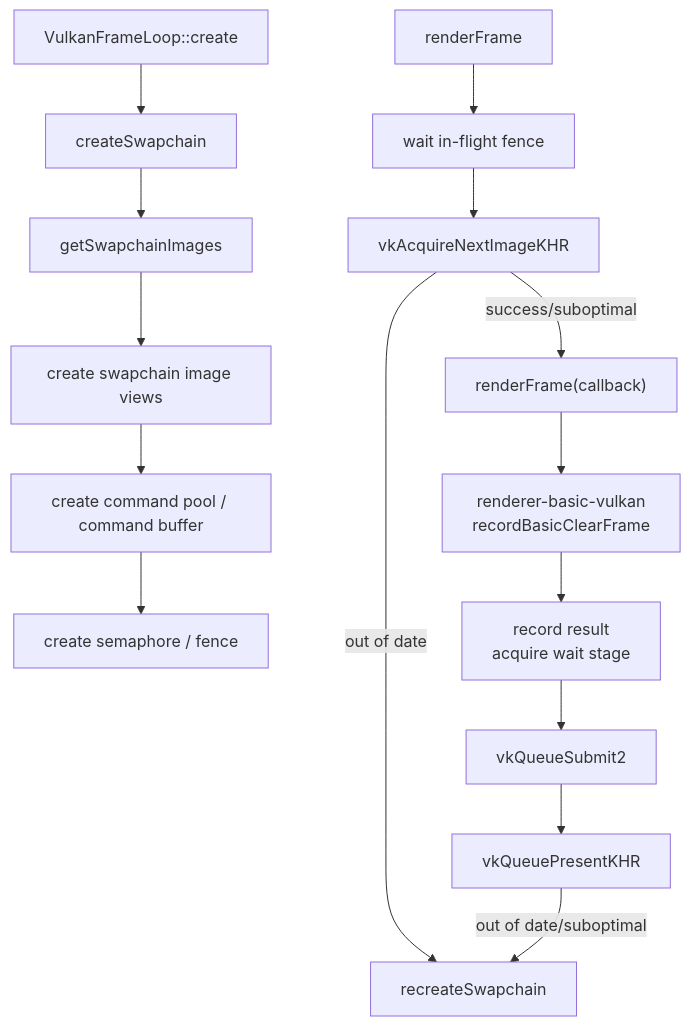
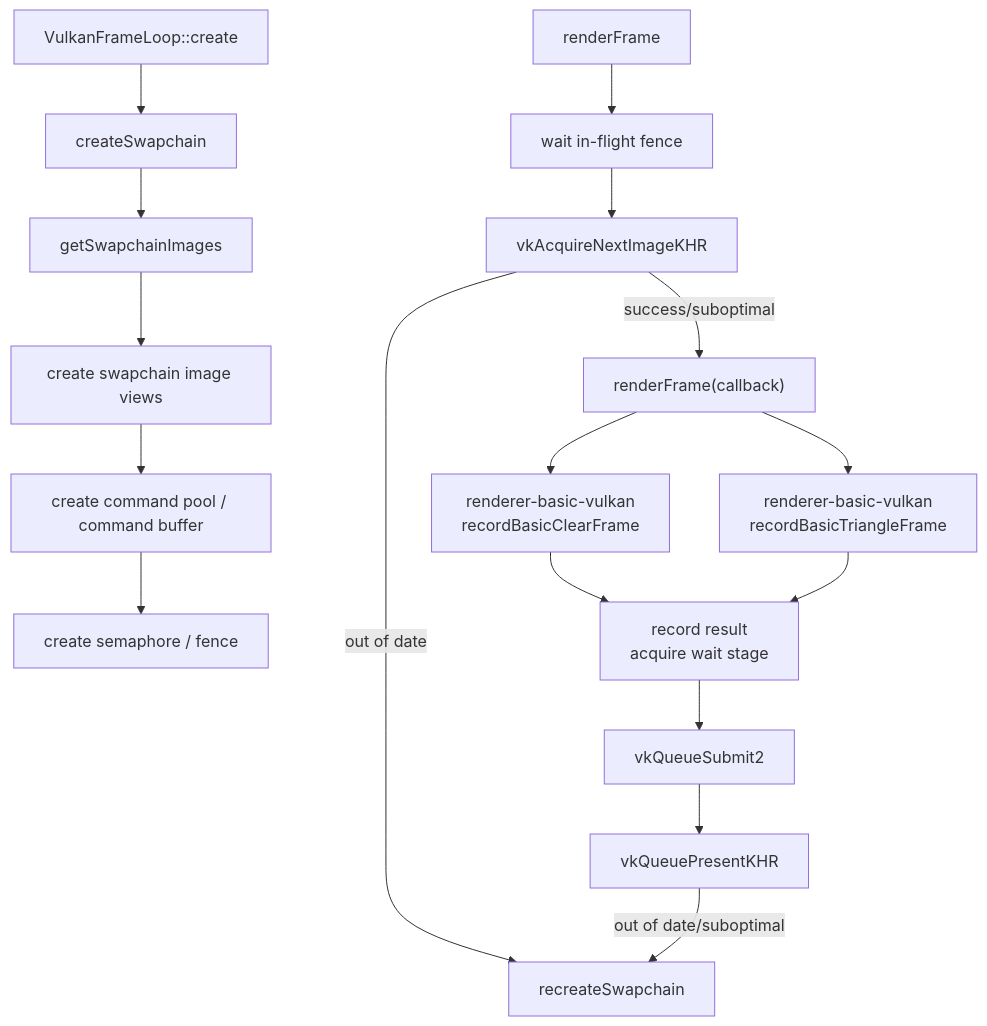
One commit to 66six11/Engine changed the third of 9 diagrams in docs/flow-architecture.md. Above: the diagram before and after it, drawn with Mermaid. The commit also changed other lines of this file and 11 other files, not shown here.

````diff
--- a/docs/flow-architecture.md
+++ b/docs/flow-architecture.md
@@ -101,24 +111,26 @@
 ```mermaid
 flowchart TD
     Create["VulkanFrameLoop::create"]
     Swapchain["createSwapchain"]
     Images["getSwapchainImages"]
     Views["create swapchain image views"]
     Cmd["create command pool / command buffer"]
     Sync["create semaphore / fence"]
     Render["renderFrame"]
     Wait["wait in-flight fence"]
     Acquire["vkAcquireNextImageKHR"]
     Record["renderFrame(callback)"]
     GraphClear["renderer-basic-vulkan<br/>recordBasicClearFrame"]
+    Triangle["renderer-basic-vulkan<br/>recordBasicTriangleFrame"]
     WaitStage["record result<br/>acquire wait stage"]
     Submit["vkQueueSubmit2"]
     Present["vkQueuePresentKHR"]
     Recreate["recreateSwapchain"]
 
     Create --> Swapchain --> Images --> Views --> Cmd --> Sync
     Render --> Wait --> Acquire
     Acquire -->|success/suboptimal| Record --> GraphClear --> WaitStage --> Submit --> Present
+    Record --> Triangle --> WaitStage
     Acquire -->|out of date| Recreate
     Present -->|out of date/suboptimal| Recreate
 ```
````
